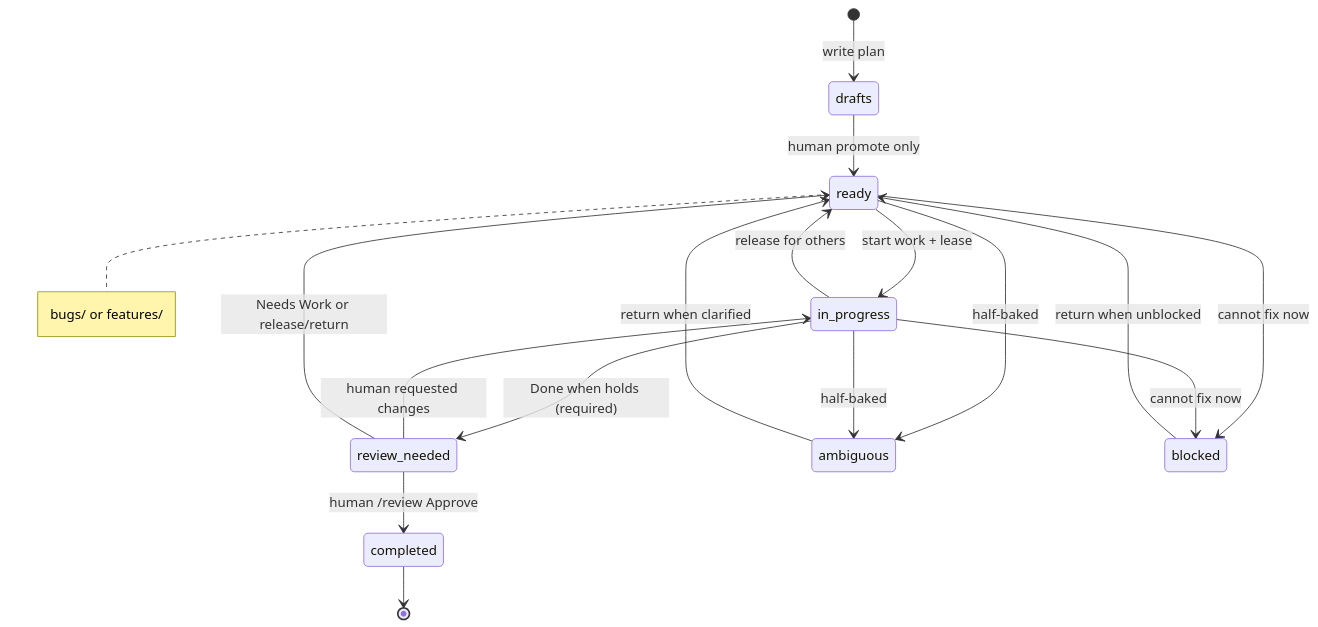
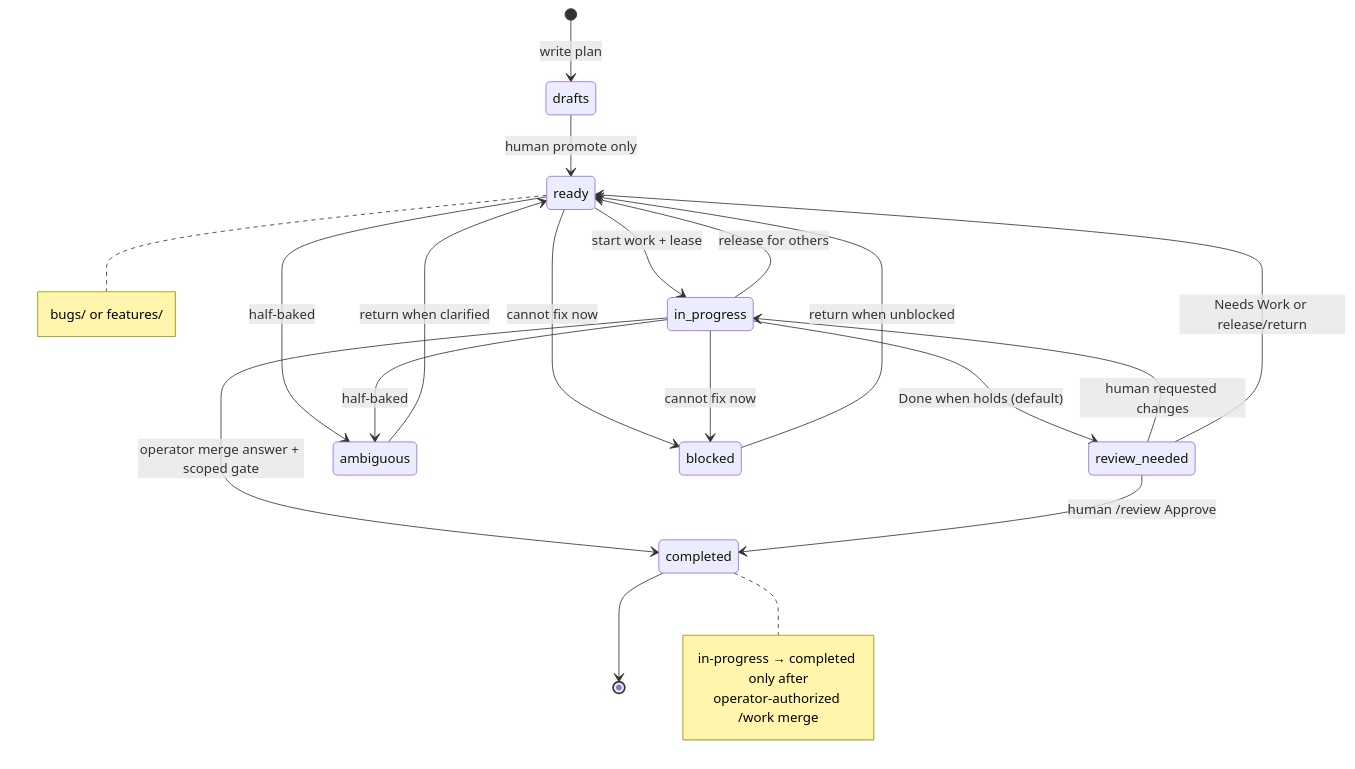
Before and after one commit to carefreeinv/anchor: the first of 2 diagrams in docs/docs/skills/work.md, drawn with Mermaid. The commit also changed other lines of this file and 5 other files, not shown here.

````diff
--- a/docs/docs/skills/work.md
+++ b/docs/docs/skills/work.md
@@ -48,22 +48,27 @@
 ```mermaid
 stateDiagram-v2
   [*] --> drafts: write plan
   drafts --> ready: human promote only
   ready --> in_progress: start work + lease
-  in_progress --> review_needed: Done when holds (required)
+  in_progress --> review_needed: Done when holds (default)
+  in_progress --> completed: operator merge answer + scoped gate
   review_needed --> completed: human /review Approve
   review_needed --> in_progress: human requested changes
   review_needed --> ready: Needs Work or release/return
   ready --> ambiguous: half-baked
   ready --> blocked: cannot fix now
   in_progress --> ambiguous: half-baked
   in_progress --> blocked: cannot fix now
   in_progress --> ready: release for others
   ambiguous --> ready: return when clarified
   blocked --> ready: return when unblocked
   completed --> [*]
 
   note right of ready
     bugs/ or features/
   end note
+  note right of completed
+    in-progress → completed only after
+    operator-authorized /work merge
+  end note
 ```
````
